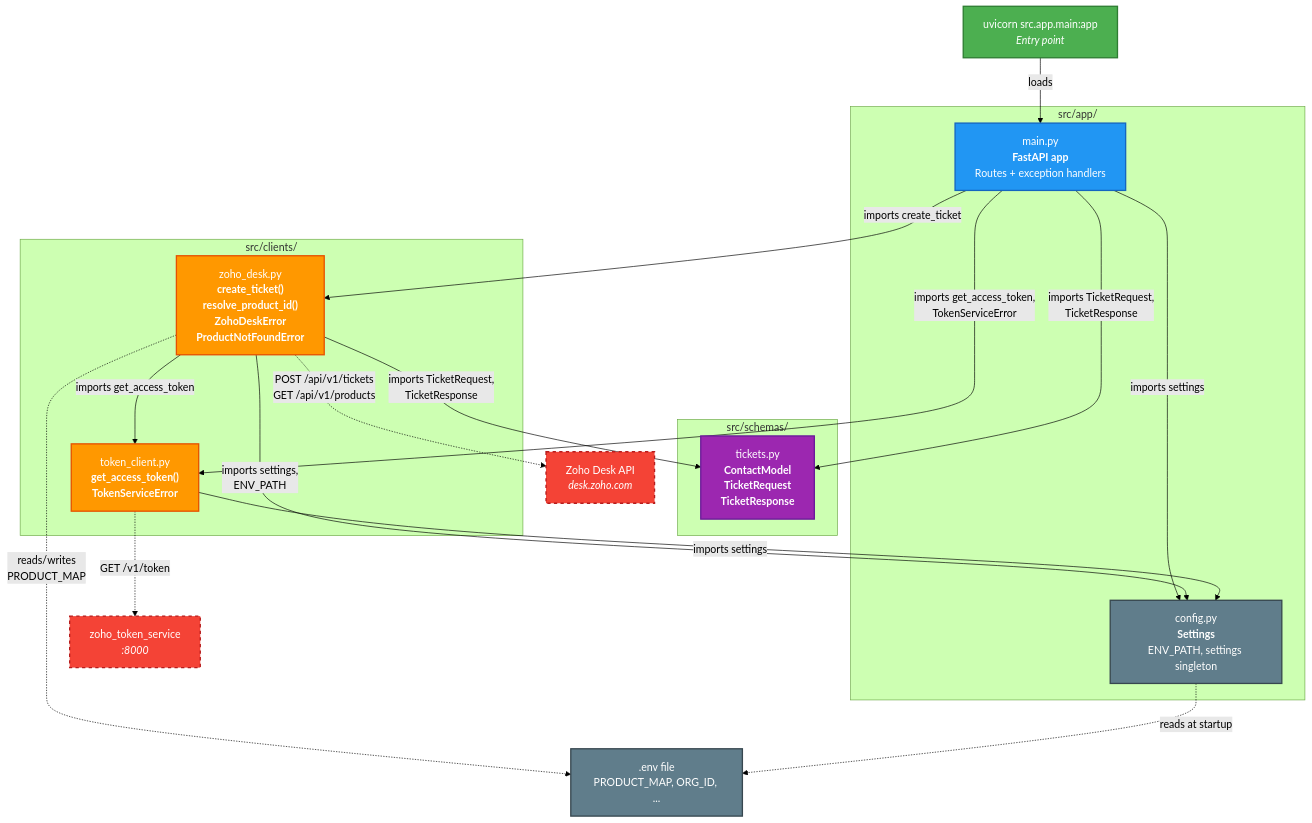
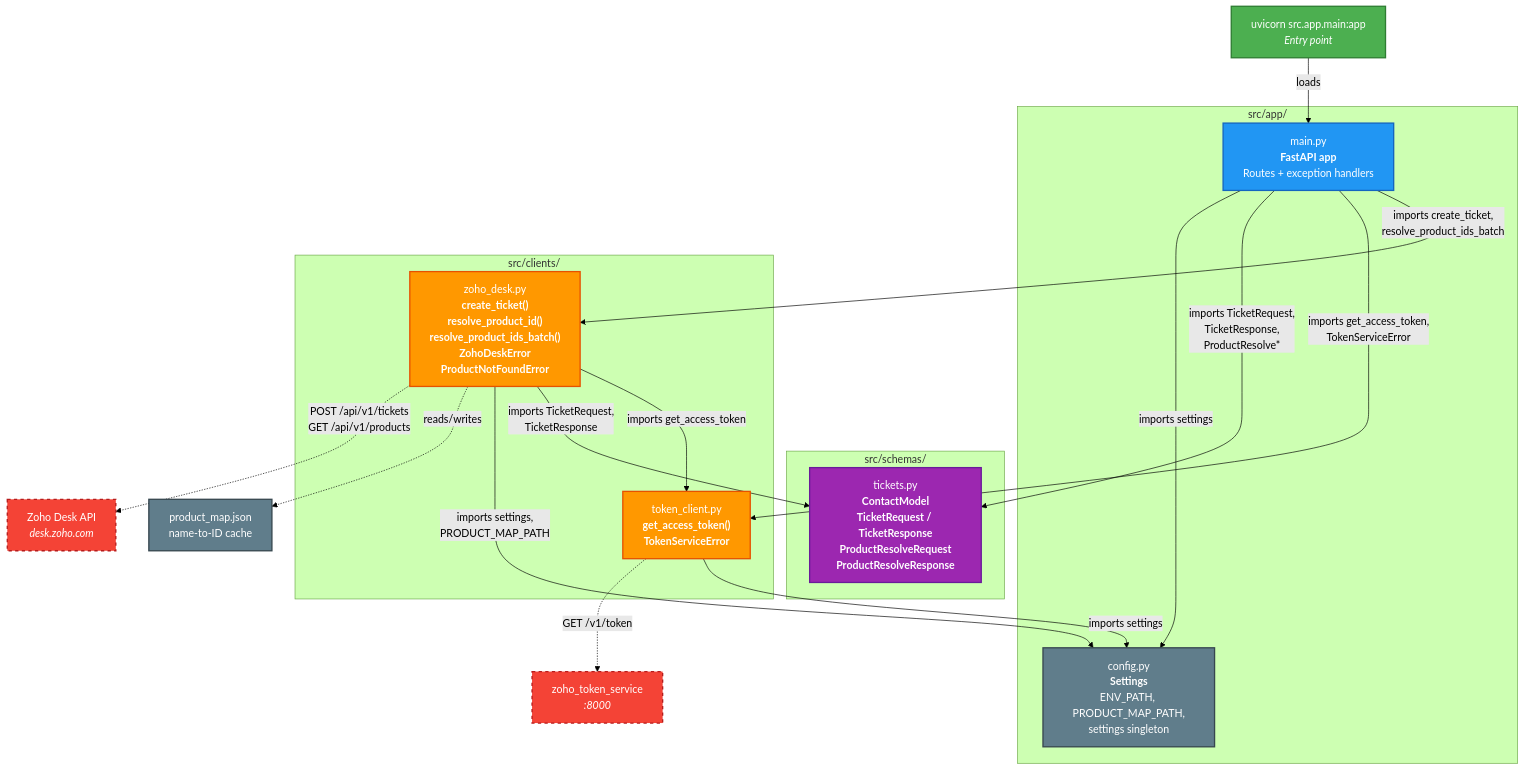
The first of 3 diagrams in README.md (AnsImran/microservice-create-tickets-in-zohodesk), drawn with Mermaid (forest theme) before and after one commit. The commit also changed other lines of this file and 9 other files, not shown here.

Commit message:
add batch product resolve endpoint, migrate PRODUCT_MAP to JSON, case-insensitive lookups

````diff
--- a/README.md
+++ b/README.md
@@ -11,47 +11,45 @@
 ```mermaid
 graph TB
     classDef entry fill:#4CAF50,stroke:#2E7D32,color:#fff,stroke-width:2px
     classDef app fill:#2196F3,stroke:#1565C0,color:#fff,stroke-width:2px
     classDef client fill:#FF9800,stroke:#E65100,color:#fff,stroke-width:2px
     classDef schema fill:#9C27B0,stroke:#6A1B9A,color:#fff,stroke-width:2px
     classDef config fill:#607D8B,stroke:#37474F,color:#fff,stroke-width:2px
     classDef external fill:#F44336,stroke:#B71C1C,color:#fff,stroke-width:2px,stroke-dasharray: 5 5
 
     UVICORN["uvicorn src.app.main:app<br/><i>Entry point</i>"]:::entry
 
     subgraph "src/app/"
         MAIN["main.py<br/><b>FastAPI app</b><br/>Routes + exception handlers"]:::app
-        CONFIG["config.py<br/><b>Settings</b><br/>ENV_PATH, settings singleton"]:::config
+        CONFIG["config.py<br/><b>Settings</b><br/>ENV_PATH, PRODUCT_MAP_PATH,<br/>settings singleton"]:::config
     end
 
     subgraph "src/schemas/"
-        TICKETS["tickets.py<br/><b>ContactModel</b><br/><b>TicketRequest</b><br/><b>TicketResponse</b>"]:::schema
+        TICKETS["tickets.py<br/><b>ContactModel</b><br/><b>TicketRequest / TicketResponse</b><br/><b>ProductResolveRequest</b><br/><b>ProductResolveResponse</b>"]:::schema
     end
 
     subgraph "src/clients/"
         TOKEN["token_client.py<br/><b>get_access_token()</b><br/><b>TokenServiceError</b>"]:::client
-        ZOHO["zoho_desk.py<br/><b>create_ticket()</b><br/><b>resolve_product_id()</b><br/><b>ZohoDeskError</b><br/><b>ProductNotFoundError</b>"]:::client
+        ZOHO["zoho_desk.py<br/><b>create_ticket()</b><br/><b>resolve_product_id()</b><br/><b>resolve_product_ids_batch()</b><br/><b>ZohoDeskError</b><br/><b>ProductNotFoundError</b>"]:::client
     end
 
-    ENV[".env file<br/>PRODUCT_MAP, ORG_ID, ..."]:::config
+    PMAP["product_map.json<br/>name-to-ID cache"]:::config
     TOKEN_SVC["zoho_token_service<br/><i>:8000</i>"]:::external
     ZOHO_API["Zoho Desk API<br/><i>desk.zoho.com</i>"]:::external
 
     UVICORN -->|"loads"| MAIN
-    MAIN -->|"imports create_ticket"| ZOHO
+    MAIN -->|"imports create_ticket,<br/>resolve_product_ids_batch"| ZOHO
     MAIN -->|"imports get_access_token,<br/>TokenServiceError"| TOKEN
-    MAIN -->|"imports TicketRequest,<br/>TicketResponse"| TICKETS
+    MAIN -->|"imports TicketRequest,<br/>TicketResponse,<br/>ProductResolve*"| TICKETS
     MAIN -->|"imports settings"| CONFIG
 
     ZOHO -->|"imports get_access_token"| TOKEN
     ZOHO -->|"imports TicketRequest,<br/>TicketResponse"| TICKETS
-    ZOHO -->|"imports settings,<br/>ENV_PATH"| CONFIG
-    ZOHO -.->|"reads/writes<br/>PRODUCT_MAP"| ENV
+    ZOHO -->|"imports settings,<br/>PRODUCT_MAP_PATH"| CONFIG
+    ZOHO -.->|"reads/writes"| PMAP
 
     TOKEN -->|"imports settings"| CONFIG
-
-    CONFIG -.->|"reads at startup"| ENV
 
     TOKEN -.->|"GET /v1/token"| TOKEN_SVC
     ZOHO -.->|"POST /api/v1/tickets<br/>GET /api/v1/products"| ZOHO_API
 ```
````
